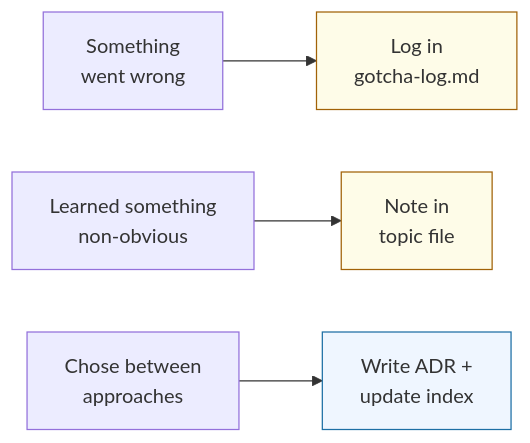
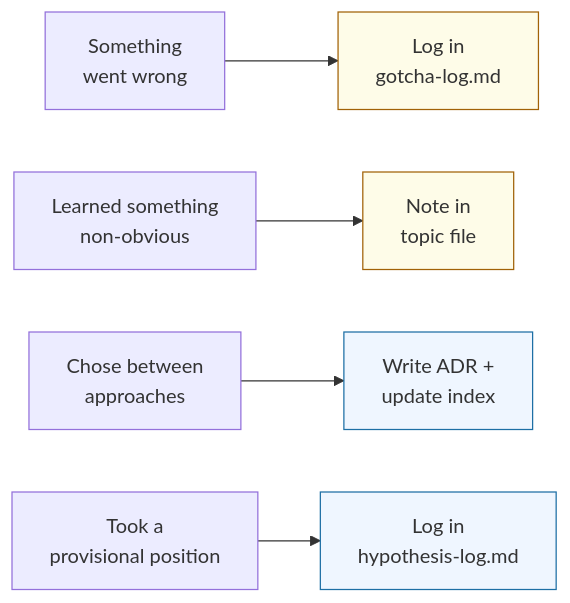
The second of 4 diagrams in docs/guide/04-the-rhythm.md (ducroq/agent-ready-projects), drawn with Mermaid before and after one commit. The commit also changed other lines of this file and 3 other files, not shown here.

````diff
--- a/docs/guide/04-the-rhythm.md
+++ b/docs/guide/04-the-rhythm.md
@@ -27,10 +27,12 @@
 ```mermaid
 flowchart LR
     E["Something<br/>went wrong"] --> GL["Log in<br/>gotcha-log.md"]
     L["Learned something<br/>non-obvious"] --> TF["Note in<br/>topic file"]
     D["Chose between<br/>approaches"] --> ADR["Write ADR +<br/>update index"]
+    P["Took a<br/>provisional position"] --> HL["Log in<br/>hypothesis-log.md"]
 
     style GL fill:#fefce8,stroke:#a16207
     style TF fill:#fefce8,stroke:#a16207
     style ADR fill:#eff6ff,stroke:#1d6fa5
+    style HL fill:#eff6ff,stroke:#1d6fa5
 ```
````
